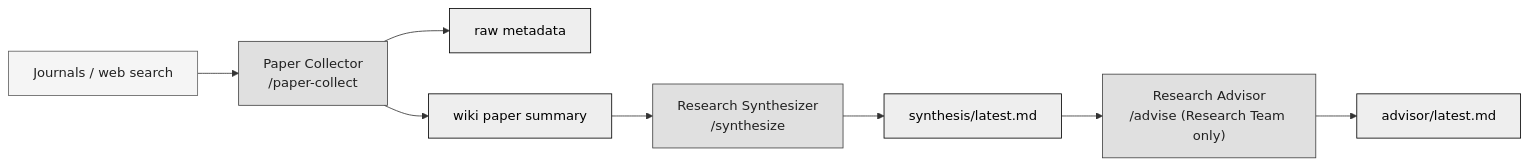
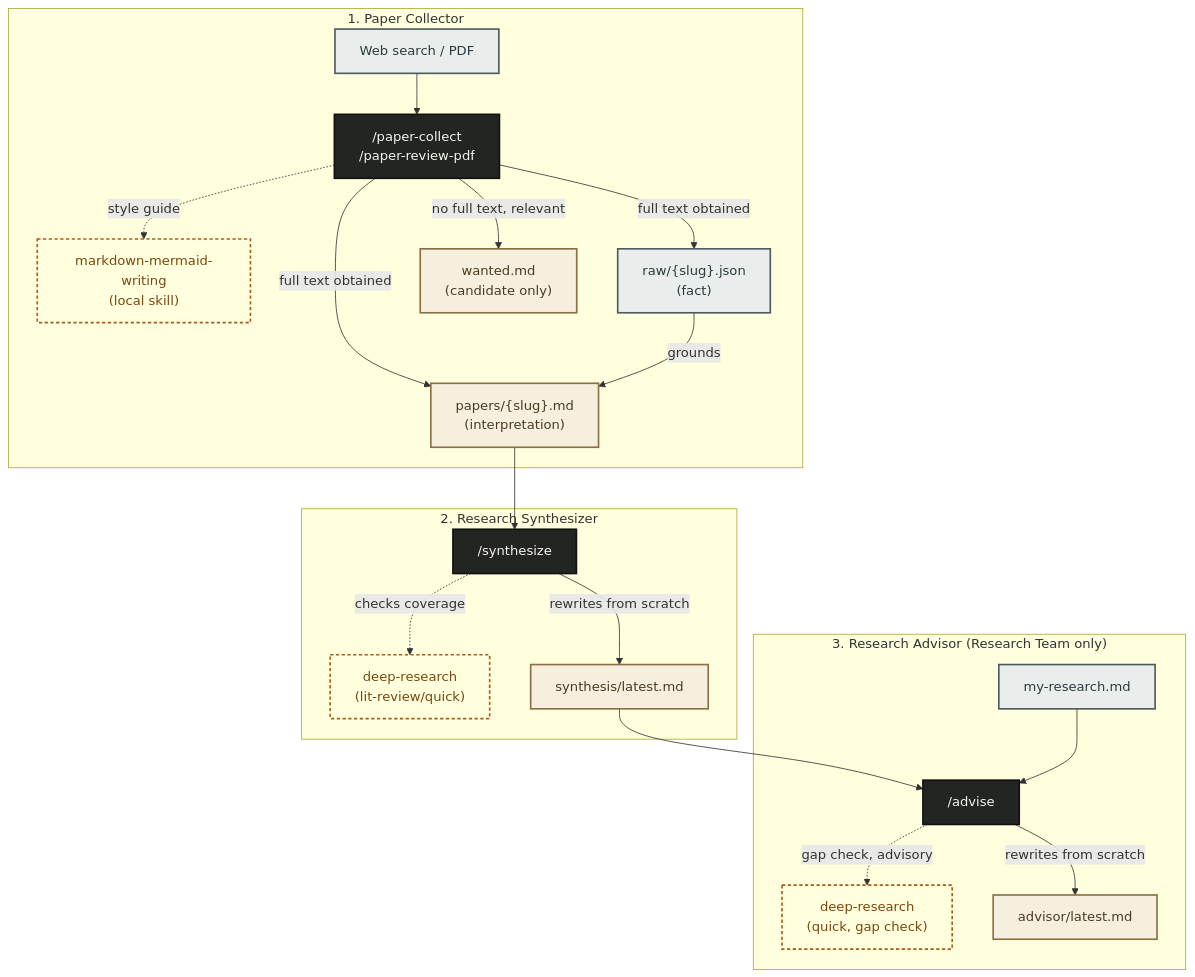
Before and after one commit to ditto-404/research-agent-office: the second of 2 diagrams in README.md, drawn with Mermaid. The commit also changed other lines of this file, not shown here.

Commit message:
docs: embed mermaid workflow diagram, compact tables

````diff
--- a/README.md
+++ b/README.md
@@ -391,15 +434,53 @@
 ```mermaid
-flowchart LR
-    A["Journals / web search"]:::input --> B["Paper Collector<br/>/paper-collect"]:::process
-    B --> C["raw metadata"]:::output
-    B --> D["wiki paper summary"]:::output
-    D --> E["Research Synthesizer<br/>/synthesize"]:::process
-    E --> F["synthesis/latest.md"]:::output
-    F --> G["Research Advisor<br/>/advise (Research Team only)"]:::process
-    G --> H["advisor/latest.md"]:::output
+flowchart TB
+    accTitle: The full Research Office pipeline
+    accDescr: A web search or a PDF the user supplies passes through Paper Collector and splits into raw metadata (fact) and a wiki paper summary (interpretation), while papers whose full text can't be obtained stay as wanted.md candidates only. Research Synthesizer synthesizes the whole wiki, and Research Advisor connects that to the research profile. Dashed skill nodes are the outside or local skills each stage consults before finalizing its output.
 
-    classDef input fill:#F5F5F5,stroke:#616161,color:#212121
-    classDef process fill:#E0E0E0,stroke:#424242,color:#212121
-    classDef output fill:#EEEEEE,stroke:#000000,color:#000000
-    classDef pending fill:#BDBDBD,stroke:#212121,color:#212121,stroke-dasharray: 4 2
+    subgraph collector_group ["1. Paper Collector"]
+        source["Web search / PDF"]
+        collector["/paper-collect<br/>/paper-review-pdf"]
+        mermaid_skill["markdown-mermaid-writing<br/>(local skill)"]
+        raw["raw/{slug}.json<br/>(fact)"]
+        wiki_paper["papers/{slug}.md<br/>(interpretation)"]
+        wanted["wanted.md<br/>(candidate only)"]
+    end
+
+    subgraph synth_group ["2. Research Synthesizer"]
+        synth["/synthesize"]
+        deep_research_1["deep-research<br/>(lit-review/quick)"]
+        synthesis["synthesis/latest.md"]
+    end
+
+    subgraph advisor_group ["3. Research Advisor (Research Team only)"]
+        advisor["/advise"]
+        my_research["my-research.md"]
+        deep_research_2["deep-research<br/>(quick, gap check)"]
+        advisor_out["advisor/latest.md"]
+    end
+
+    source --> collector
+    collector -.->|style guide| mermaid_skill
+    collector -->|full text obtained| raw
+    collector -->|full text obtained| wiki_paper
+    collector -->|no full text, relevant| wanted
+    raw -->|grounds| wiki_paper
+
+    wiki_paper --> synth
+    synth -.->|checks coverage| deep_research_1
+    synth -->|rewrites from scratch| synthesis
+
+    synthesis --> advisor
+    my_research --> advisor
+    advisor -.->|gap check, advisory| deep_research_2
+    advisor -->|rewrites from scratch| advisor_out
+
+    classDef process_style fill:#232522,stroke:#111111,stroke-width:2px,color:#f5f3ec
+    classDef fact_style fill:#e9eeec,stroke:#4c5b60,stroke-width:2px,color:#2c3a3d
+    classDef wiki_style fill:#f6efde,stroke:#8a6f45,stroke-width:2px,color:#4a3b22
+    classDef skill_style fill:none,stroke:#a85e1a,stroke-width:2px,stroke-dasharray:4 3,color:#7a4712
+
+    class collector,synth,advisor process_style
+    class source,raw,my_research fact_style
+    class wiki_paper,synthesis,advisor_out,wanted wiki_style
+    class mermaid_skill,deep_research_1,deep_research_2 skill_style
 ```
````
